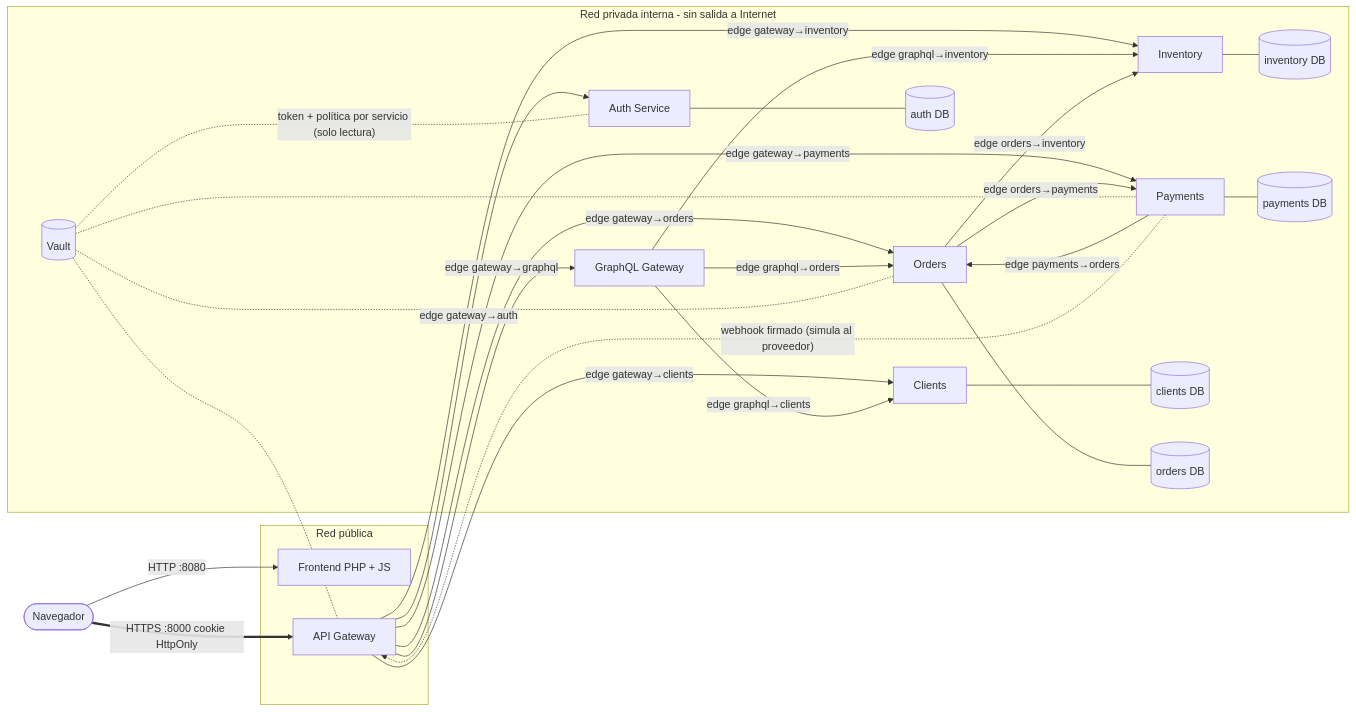
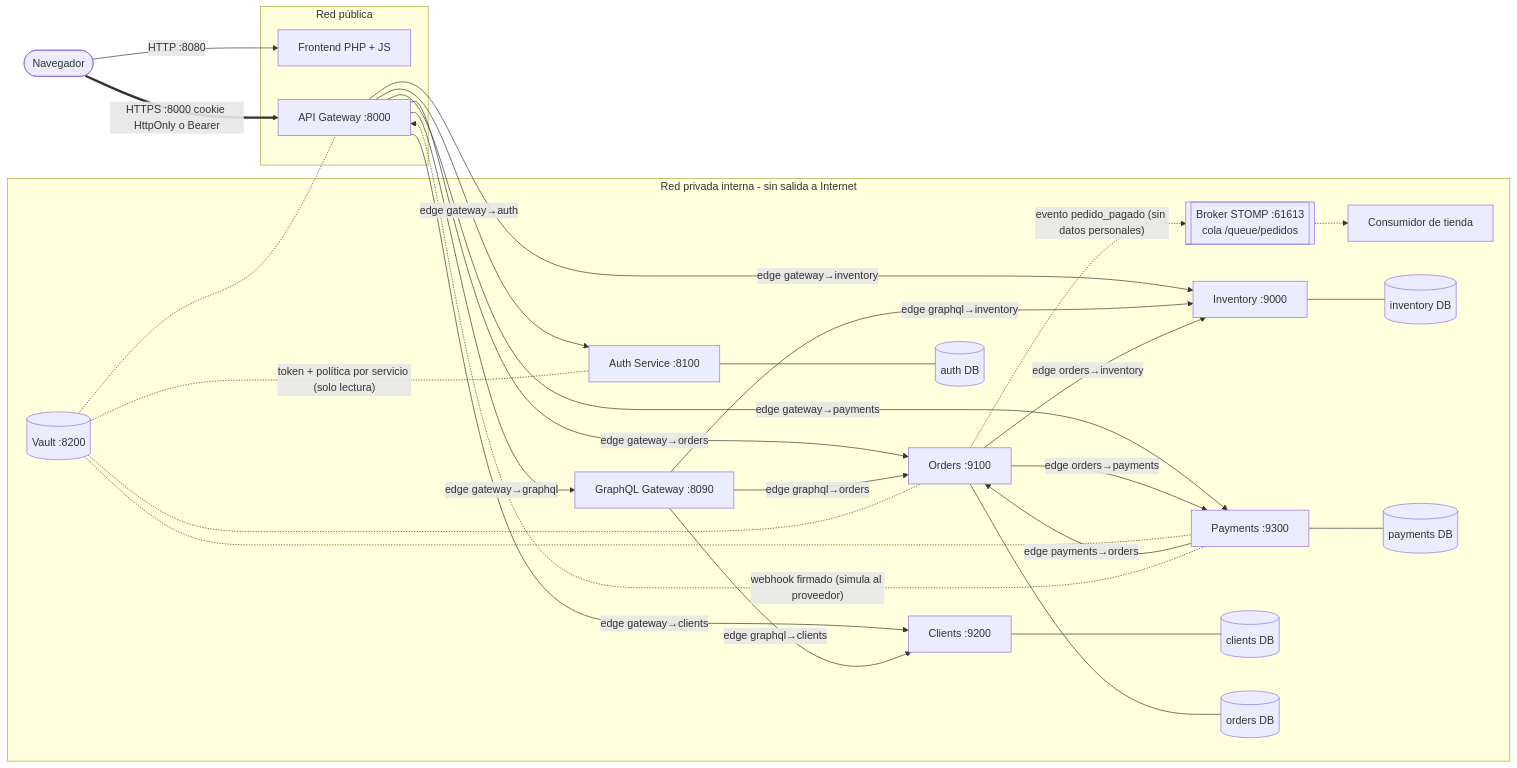
One commit to Jawsker/dwm20260203 changed the diagram in Unidad 2/evaluacion2/docs/diagramas/componentes.mmd. Above: the diagram before and after it, drawn with Mermaid. The commit also changed 68 other files, not shown here.

First line of the commit message:
Evaluación 2: estructura y puertos como el material del curso, STOMP, Bearer, paleta única y cita APA 7

```diff
--- a/Unidad 2/evaluacion2/docs/diagramas/componentes.mmd
+++ b/Unidad 2/evaluacion2/docs/diagramas/componentes.mmd
@@ -1,43 +1,47 @@
 flowchart LR
     B([Navegador]) -->|HTTP :8080| F[Frontend PHP + JS]
-    B ==>|HTTPS :8000 cookie HttpOnly| GW
+    B ==>|HTTPS :8000 cookie HttpOnly o Bearer| GW
     subgraph PUB[Red pública]
         F
-        GW[API Gateway]
+        GW[API Gateway :8000]
     end
     subgraph PRIV[Red privada interna - sin salida a Internet]
-        AUTH[Auth Service]
-        CLI[Clients]
-        INV[Inventory]
-        ORD[Orders]
-        PAY[Payments]
-        GQL[GraphQL Gateway]
-        V[(Vault)]
+        AUTH[Auth Service :8100]
+        CLI[Clients :9200]
+        INV[Inventory :9000]
+        ORD[Orders :9100]
+        PAY[Payments :9300]
+        GQL[GraphQL Gateway :8090]
+        V[(Vault :8200)]
+        MQ[[Broker STOMP :61613<br/>cola /queue/pedidos]]
+        CON[Consumidor de tienda]
         M1[(auth DB)]
         M2[(clients DB)]
         M3[(inventory DB)]
         M4[(orders DB)]
         M5[(payments DB)]
     end
     GW -->|edge gateway→auth| AUTH
     GW -->|edge gateway→clients| CLI
     GW -->|edge gateway→inventory| INV
     GW -->|edge gateway→orders| ORD
     GW -->|edge gateway→payments| PAY
     GW -->|edge gateway→graphql| GQL
     GQL -->|edge graphql→orders| ORD
     GQL -->|edge graphql→inventory| INV
     GQL -->|edge graphql→clients| CLI
     ORD -->|edge orders→inventory| INV
     ORD -->|edge orders→payments| PAY
     PAY -->|edge payments→orders| ORD
     PAY -. "webhook firmado (simula al proveedor)" .-> GW
+    ORD -. "evento pedido_pagado (sin datos personales)" .-> MQ
+    MQ -.-> CON
     AUTH --- M1
     CLI --- M2
     INV --- M3
     ORD --- M4
     PAY --- M5
     V -. "token + política por servicio (solo lectura)" .- AUTH
     V -.- GW
     V -.- ORD
     V -.- PAY
```
